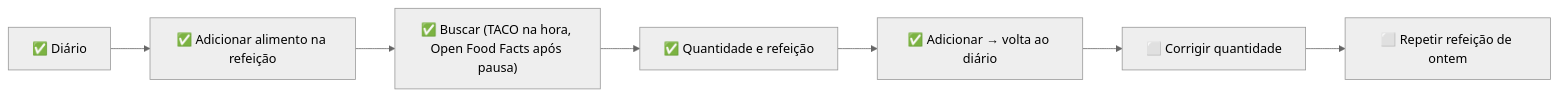
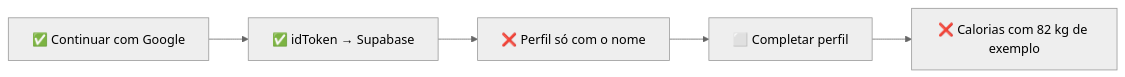
One commit to willians-e-silva/treina changed the second of 7 diagrams in audit/analysis.md. Above: the diagram before and after it, drawn with Mermaid (neutral theme). The commit also changed other lines of this file and 22 other files, not shown here.

````diff
--- a/audit/analysis.md
+++ b/audit/analysis.md
@@ -1917,16 +2057,12 @@
 ```mermaid
 flowchart LR
-  s0["✅ Diário"]
-  s1["✅ Adicionar alimento na refeição"]
+  s0["✅ Continuar com Google"]
+  s1["✅ idToken → Supabase"]
   s0 --> s1
-  s2["✅ Buscar (TACO na hora, Open Food Facts após pausa)"]
+  s2["❌ Perfil só com o nome"]
   s1 --> s2
-  s3["✅ Quantidade e refeição"]
+  s3["⬜ Completar perfil"]
   s2 --> s3
-  s4["✅ Adicionar → volta ao diário"]
+  s4["❌ Calorias com 82 kg de exemplo"]
   s3 --> s4
-  s5["⬜ Corrigir quantidade"]
-  s4 --> s5
-  s6["⬜ Repetir refeição de ontem"]
-  s5 --> s6
 ```
````
